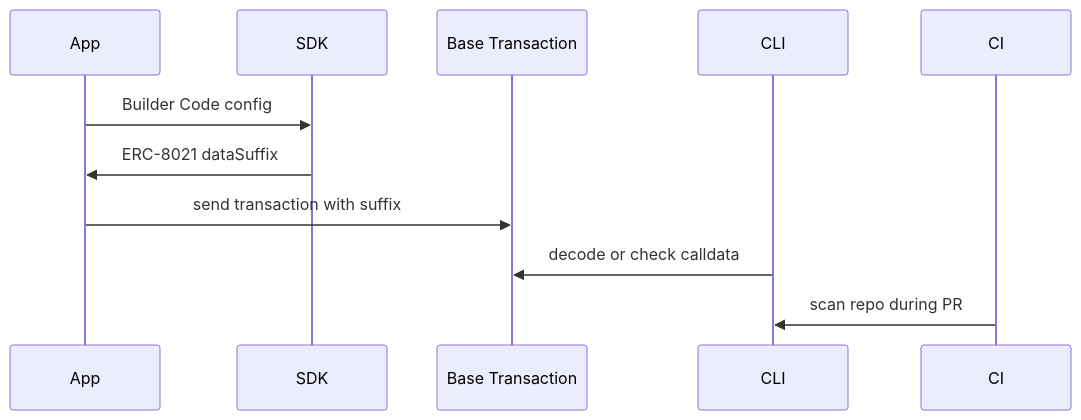
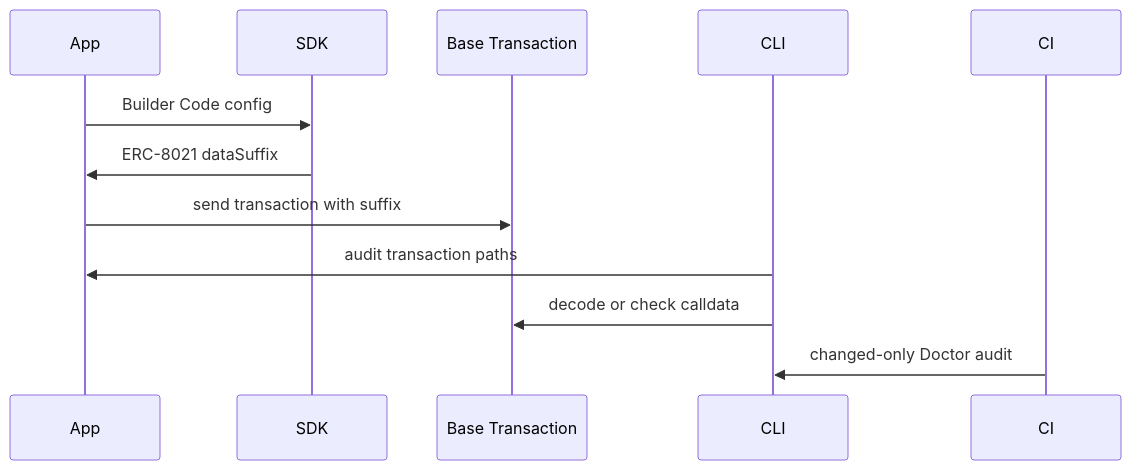
One commit to horn111/base-attribution-os changed the diagram in docs/architecture.md. Above: the diagram before and after it, drawn with Mermaid. The commit also changed other lines of this file and 58 other files, not shown here.

````diff
--- a/docs/architecture.md
+++ b/docs/architecture.md
@@ -18,14 +21,15 @@
 ```mermaid
 sequenceDiagram
   participant App
   participant SDK
   participant Tx as Base Transaction
   participant CLI
   participant CI
 
   App->>SDK: Builder Code config
   SDK->>App: ERC-8021 dataSuffix
   App->>Tx: send transaction with suffix
+  CLI->>App: audit transaction paths
   CLI->>Tx: decode or check calldata
-  CI->>CLI: scan repo during PR
+  CI->>CLI: changed-only Doctor audit
 ```
````
